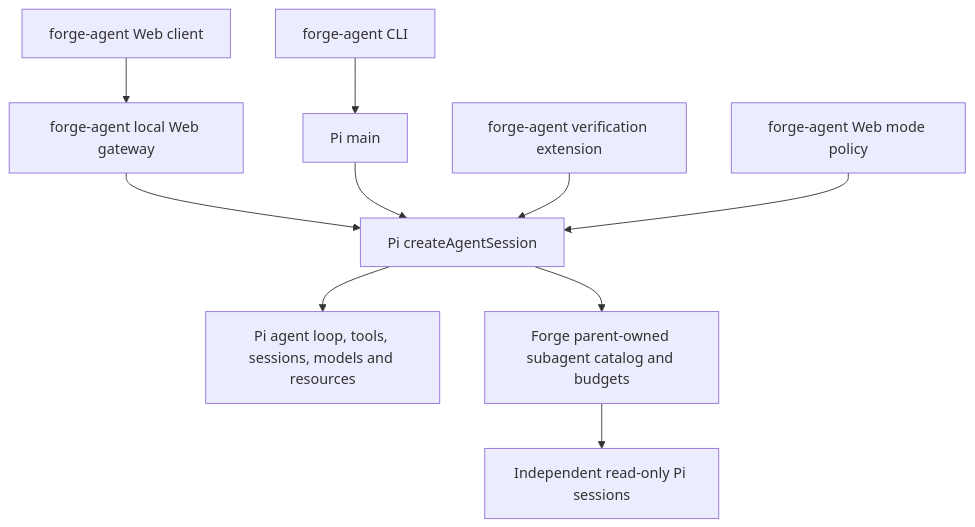
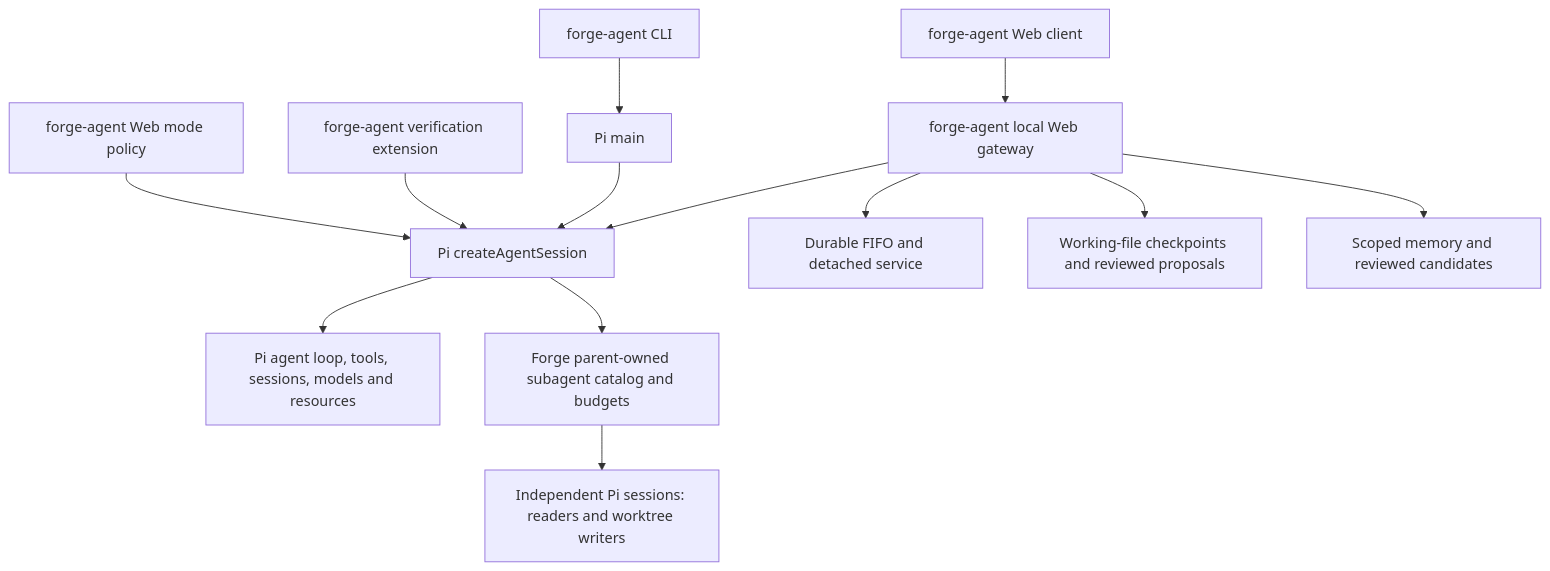
Before and after one commit to sun-sh/forge-agent: the diagram in docs/architecture.md, drawn with Mermaid. The commit also changed other lines of this file and 44 other files, not shown here.

Commit message:
feat: add durable tasks, checkpoints and isolated workers

````diff
--- a/docs/architecture.md
+++ b/docs/architecture.md
@@ -11,12 +10,15 @@
 ```mermaid
 flowchart TD
   Browser["forge-agent Web client"] --> Gateway["forge-agent local Web gateway"]
   Gateway --> Session["Pi createAgentSession"]
   CLI["forge-agent CLI"] --> Main["Pi main"]
   Main --> Session
   Session --> Pi["Pi agent loop, tools, sessions, models and resources"]
   Verify["forge-agent verification extension"] --> Session
   Modes["forge-agent Web mode policy"] --> Session
   Session --> Delegation["Forge parent-owned subagent catalog and budgets"]
-  Delegation --> Children["Independent read-only Pi sessions"]
+  Delegation --> Children["Independent Pi sessions: readers and worktree writers"]
+  Gateway --> Queue["Durable FIFO and detached service"]
+  Gateway --> Checkpoints["Working-file checkpoints and reviewed proposals"]
+  Gateway --> Memory["Scoped memory and reviewed candidates"]
 ```
````
